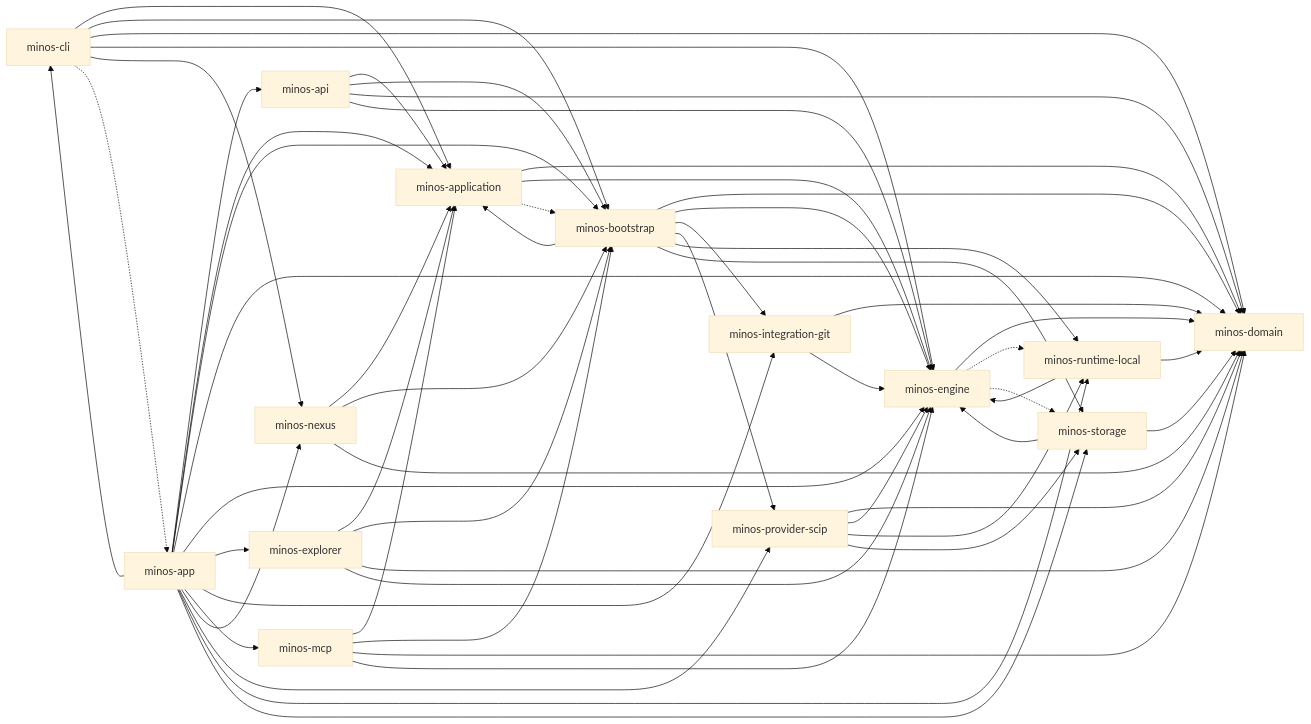
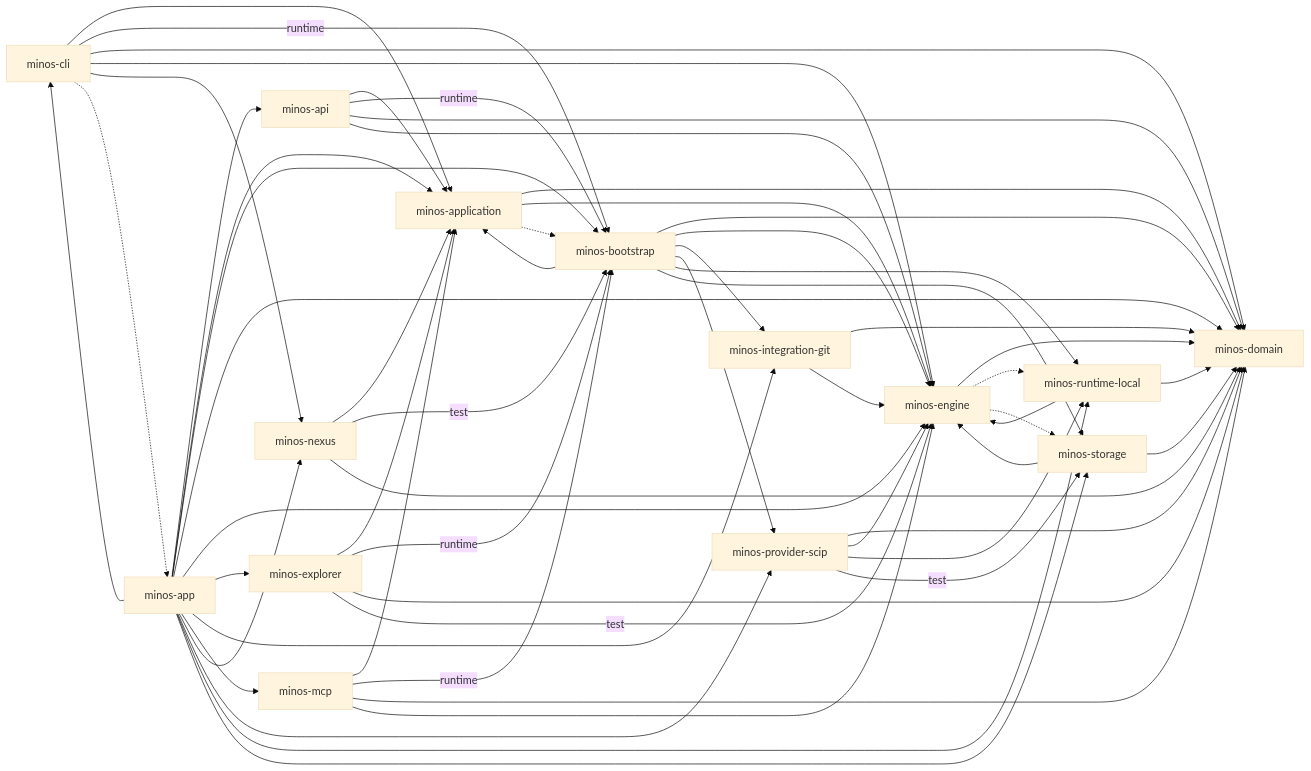
Before and after one commit to FTurleque/minos-code-intelligence: the diagram in docs/architecture/diagrams/module-dependencies.md, drawn with Mermaid (base theme). The commit also changed other lines of this file and 8 other files, not shown here.

First line of the commit message:
docs(architecture): aligner la prose d'architecture sur le code

````diff
--- a/docs/architecture/diagrams/module-dependencies.md
+++ b/docs/architecture/diagrams/module-dependencies.md
@@ -8,74 +8,74 @@
 ```mermaid
 flowchart LR
     minos_domain["minos-domain"]
     minos_engine["minos-engine"]
     minos_runtime_local["minos-runtime-local"]
     minos_storage["minos-storage"]
     minos_provider_scip["minos-provider-scip"]
     minos_integration_git["minos-integration-git"]
     minos_application["minos-application"]
     minos_bootstrap["minos-bootstrap"]
     minos_nexus["minos-nexus"]
     minos_cli["minos-cli"]
     minos_api["minos-api"]
     minos_mcp["minos-mcp"]
     minos_explorer["minos-explorer"]
     minos_app["minos-app"]
     minos_engine --> minos_domain
     minos_runtime_local --> minos_domain
     minos_runtime_local --> minos_engine
     minos_storage --> minos_domain
     minos_storage --> minos_engine
     minos_provider_scip --> minos_domain
     minos_provider_scip --> minos_engine
     minos_provider_scip --> minos_runtime_local
-    minos_provider_scip --> minos_storage
+    minos_provider_scip -->|test| minos_storage
     minos_integration_git --> minos_domain
     minos_integration_git --> minos_engine
     minos_application --> minos_domain
     minos_application --> minos_engine
     minos_bootstrap --> minos_application
     minos_bootstrap --> minos_domain
     minos_bootstrap --> minos_engine
     minos_bootstrap --> minos_integration_git
     minos_bootstrap --> minos_provider_scip
     minos_bootstrap --> minos_runtime_local
     minos_bootstrap --> minos_storage
     minos_nexus --> minos_application
-    minos_nexus --> minos_bootstrap
+    minos_nexus -->|test| minos_bootstrap
     minos_nexus --> minos_domain
     minos_cli --> minos_application
-    minos_cli --> minos_bootstrap
+    minos_cli -->|runtime| minos_bootstrap
     minos_cli --> minos_domain
     minos_cli --> minos_engine
     minos_cli --> minos_nexus
     minos_api --> minos_application
-    minos_api --> minos_bootstrap
+    minos_api -->|runtime| minos_bootstrap
     minos_api --> minos_domain
     minos_api --> minos_engine
     minos_mcp --> minos_application
-    minos_mcp --> minos_bootstrap
+    minos_mcp -->|runtime| minos_bootstrap
     minos_mcp --> minos_domain
     minos_mcp --> minos_engine
     minos_explorer --> minos_application
-    minos_explorer --> minos_bootstrap
+    minos_explorer -->|runtime| minos_bootstrap
     minos_explorer --> minos_domain
-    minos_explorer --> minos_engine
+    minos_explorer -->|test| minos_engine
     minos_app --> minos_api
     minos_app --> minos_application
     minos_app --> minos_bootstrap
     minos_app --> minos_cli
     minos_app --> minos_domain
     minos_app --> minos_engine
     minos_app --> minos_explorer
     minos_app --> minos_integration_git
     minos_app --> minos_mcp
     minos_app --> minos_nexus
     minos_app --> minos_provider_scip
     minos_app --> minos_runtime_local
     minos_app --> minos_storage
     minos_application -.-> minos_bootstrap
     minos_cli -.-> minos_app
     minos_engine -.-> minos_runtime_local
     minos_engine -.-> minos_storage
 ```
````
